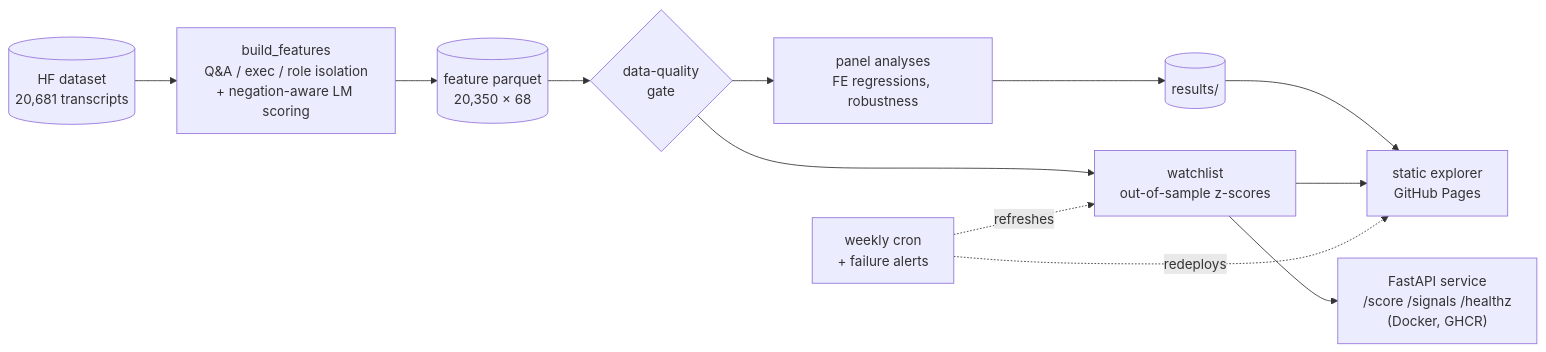
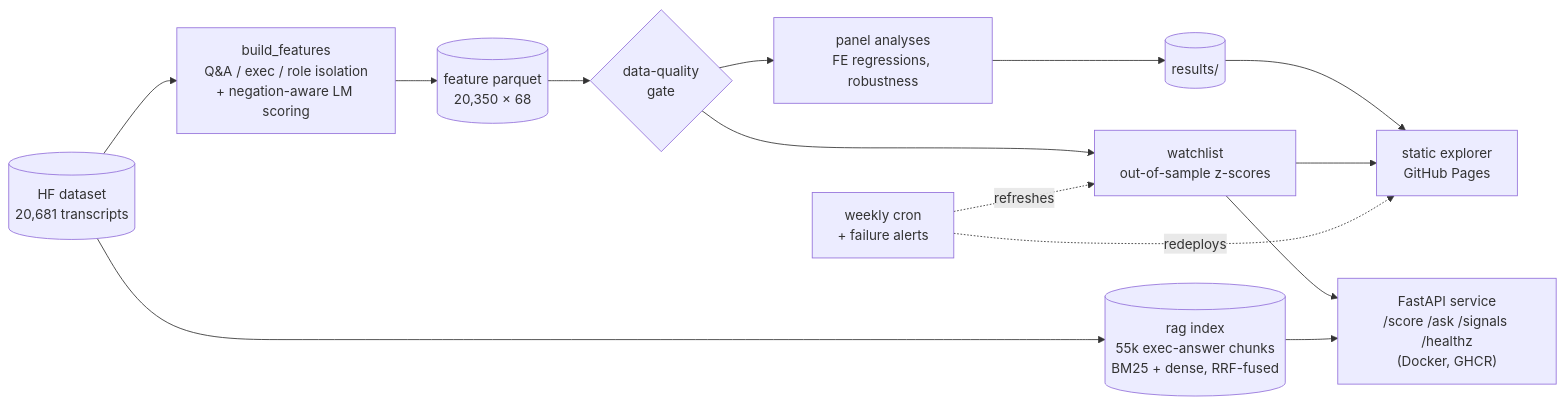
One commit to ahdithanu/earnings-call-nlp-risk-signals changed the diagram in README.md. Above: the diagram before and after it, drawn with Mermaid. The commit also changed other lines of this file and 20 other files, not shown here.

````diff
--- a/README.md
+++ b/README.md
@@ -12,13 +12,15 @@
 ```mermaid
 flowchart LR
     DS[("HF dataset\n20,681 transcripts")] --> BF["build_features\nQ&A / exec / role isolation\n+ negation-aware LM scoring"]
     BF --> PQ[("feature parquet\n20,350 × 68")]
     PQ --> QG{"data-quality\ngate"}
     QG --> AN["panel analyses\nFE regressions, robustness"] --> RES[("results/")]
     QG --> WL["watchlist\nout-of-sample z-scores"]
     RES --> WEB["static explorer\nGitHub Pages"]
     WL --> WEB
-    WL --> API["FastAPI service\n/score /signals /healthz\n(Docker, GHCR)"]
+    WL --> API["FastAPI service\n/score /ask /signals /healthz\n(Docker, GHCR)"]
+    DS --> RAG[("rag index\n55k exec-answer chunks\nBM25 + dense, RRF-fused")]
+    RAG --> API
     CRON["weekly cron\n+ failure alerts"] -.refreshes.-> WL
     CRON -.redeploys.-> WEB
 ```
````
